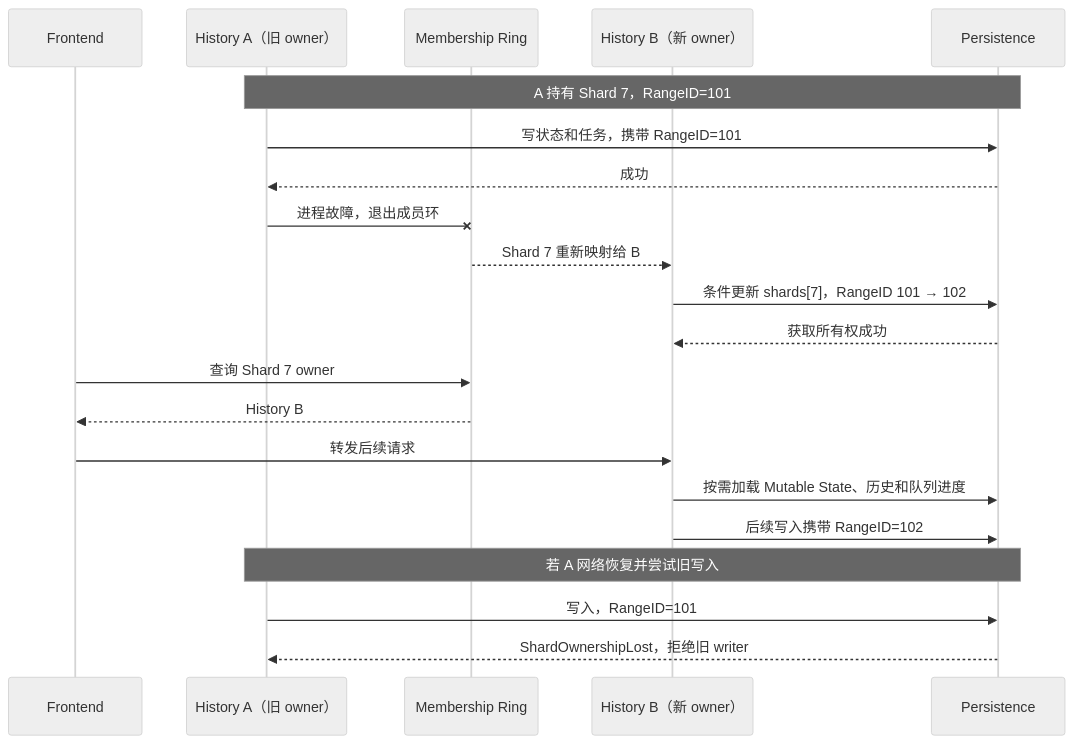
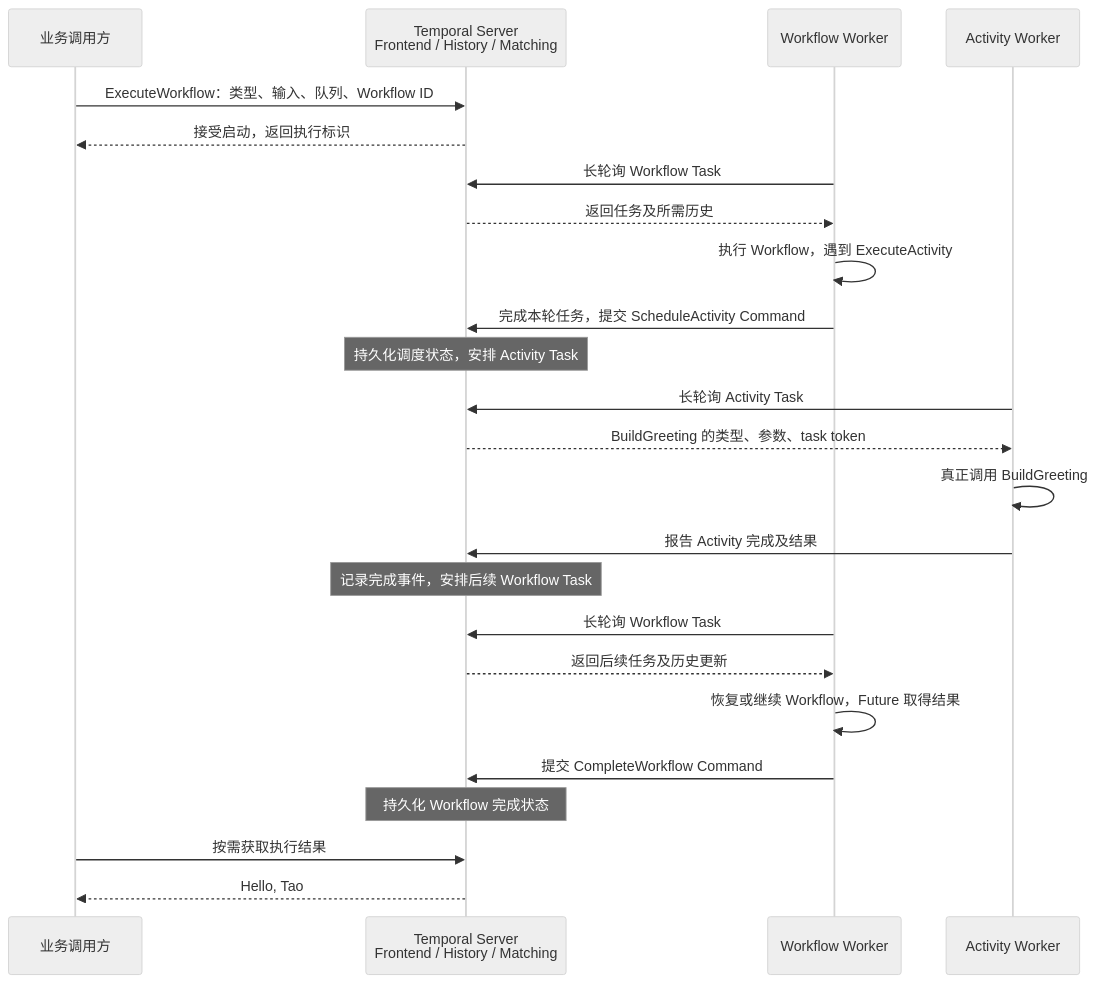
Before and after one commit to hotttao/backup: the second of 5 diagrams in posts/microservices/workflow/021_temporal.md, drawn with Mermaid (neutral theme). The commit also changed other lines of this file and 2 other files, not shown here.

Commit message:
temporal 成员发现

````diff
--- a/posts/microservices/workflow/021_temporal.md
+++ b/posts/microservices/workflow/021_temporal.md
@@ -221,24 +196,26 @@
 ```mermaid
 sequenceDiagram
-    participant F as Frontend
-    participant A as History A（旧 owner）
-    participant M as Membership Ring
-    participant B as History B（新 owner）
-    participant P as Persistence
-
-    Note over A,P: A 持有 Shard 7，RangeID=101
-    A->>P: 写状态和任务，携带 RangeID=101
-    P-->>A: 成功
-    A-xM: 进程故障，退出成员环
-    M-->>B: Shard 7 重新映射给 B
-    B->>P: 条件更新 shards[7]，RangeID 101 → 102
-    P-->>B: 获取所有权成功
-    F->>M: 查询 Shard 7 owner
-    M-->>F: History B
-    F->>B: 转发后续请求
-    B->>P: 按需加载 Mutable State、历史和队列进度
-    B->>P: 后续写入携带 RangeID=102
-    Note over A,P: 若 A 网络恢复并尝试旧写入
-    A->>P: 写入，RangeID=101
-    P-->>A: ShardOwnershipLost，拒绝旧 writer
+    participant C as 业务调用方
+    participant S as Temporal Server<br/>Frontend / History / Matching
+    participant W as Workflow Worker
+    participant A as Activity Worker
+    C->>S: ExecuteWorkflow：类型、输入、队列、Workflow ID
+    S-->>C: 接受启动，返回执行标识
+    W->>S: 长轮询 Workflow Task
+    S-->>W: 返回任务及所需历史
+    W->>W: 执行 Workflow，遇到 ExecuteActivity
+    W->>S: 完成本轮任务，提交 ScheduleActivity Command
+    Note over S: 持久化调度状态，安排 Activity Task
+    A->>S: 长轮询 Activity Task
+    S-->>A: BuildGreeting 的类型、参数、task token
+    A->>A: 真正调用 BuildGreeting
+    A->>S: 报告 Activity 完成及结果
+    Note over S: 记录完成事件，安排后续 Workflow Task
+    W->>S: 长轮询 Workflow Task
+    S-->>W: 返回后续任务及历史更新
+    W->>W: 恢复或继续 Workflow，Future 取得结果
+    W->>S: 提交 CompleteWorkflow Command
+    Note over S: 持久化 Workflow 完成状态
+    C->>S: 按需获取执行结果
+    S-->>C: Hello, Tao
 ```
````
